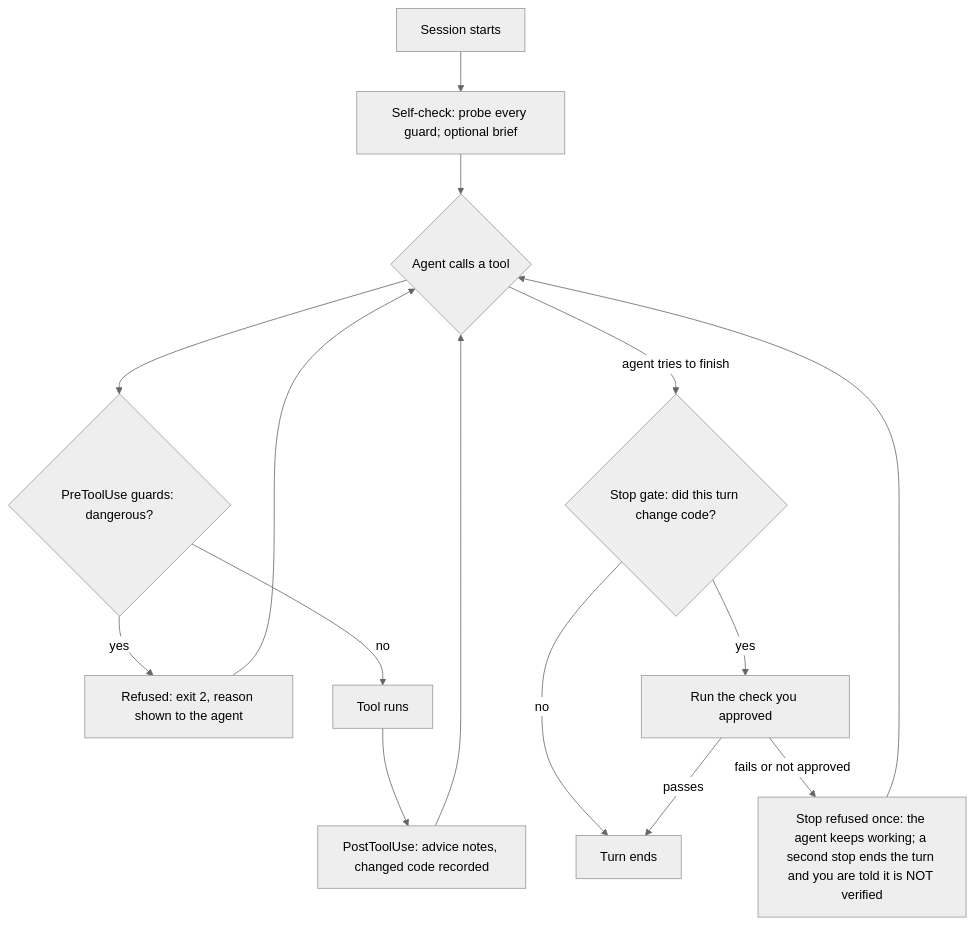
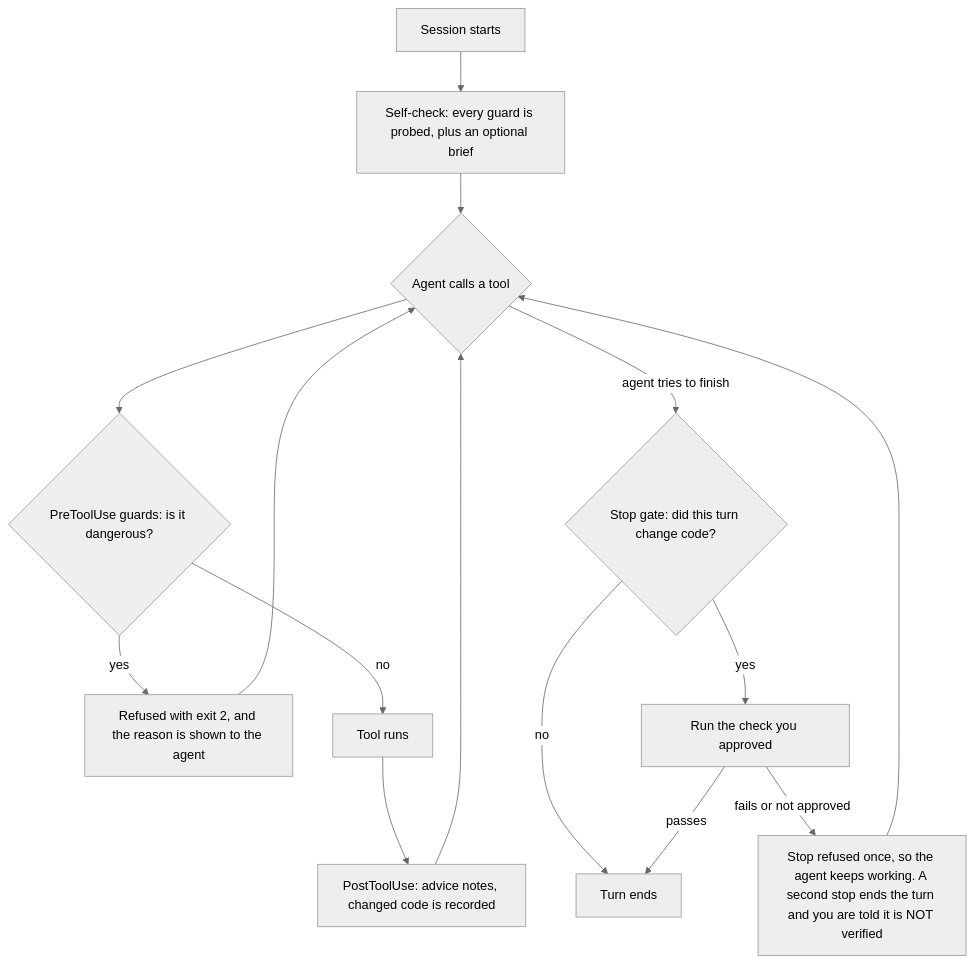
The diagram in README.md (VedangP57/bendit), drawn with Mermaid (neutral theme) before and after one commit.

Commit message:
docs(readme): draw the diagram in syntax GitHub's Mermaid accepts
GitHub showed "Unable to render rich display": drop the & shorthand,
semicolons inside labels and quoted edge labels.

````diff
--- a/README.md
+++ b/README.md
@@ -192,16 +192,17 @@
 ```mermaid
 flowchart TD
-    S["Session starts"] --> C["Self-check: probe every guard; optional brief"]
+    S["Session starts"] --> C["Self-check: every guard is probed, plus an optional brief"]
     C --> T{"Agent calls a tool"}
-    T --> G{"PreToolUse guards: dangerous?"}
-    G -- "yes" --> R["Refused: exit 2, reason shown to the agent"]
-    G -- "no" --> X["Tool runs"]
-    X --> P["PostToolUse: advice notes, changed code recorded"]
-    R & P --> T
-    T -- "agent tries to finish" --> F{"Stop gate: did this turn change code?"}
-    F -- "no" --> E["Turn ends"]
-    F -- "yes" --> H["Run the check you approved"]
-    H -- "passes" --> E
-    H -- "fails or not approved" --> K["Stop refused once: the agent keeps working; a second stop ends the turn and you are told it is NOT verified"]
+    T --> G{"PreToolUse guards: is it dangerous?"}
+    G -->|yes| R["Refused with exit 2, and the reason is shown to the agent"]
+    G -->|no| X["Tool runs"]
+    X --> P["PostToolUse: advice notes, changed code is recorded"]
+    R --> T
+    P --> T
+    T -->|agent tries to finish| F{"Stop gate: did this turn change code?"}
+    F -->|no| E["Turn ends"]
+    F -->|yes| H["Run the check you approved"]
+    H -->|passes| E
+    H -->|fails or not approved| K["Stop refused once, so the agent keeps working. A second stop ends the turn and you are told it is NOT verified"]
     K --> T
 ```
````
